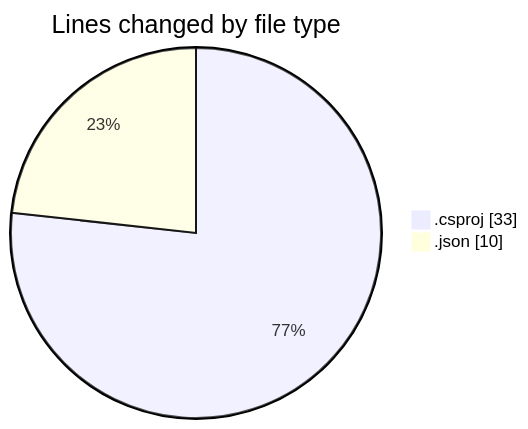
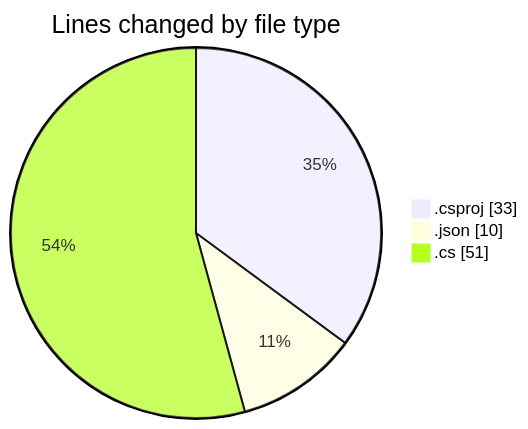
One commit to Netris89/code-tracking changed the first of 2 diagrams in 2025-10-13/skintrack/README.md. Above: the diagram before and after it, drawn with Mermaid. The commit also changed other lines of this file and 1 other file, not shown here.

````diff
--- a/2025-10-13/skintrack/README.md
+++ b/2025-10-13/skintrack/README.md
@@ -21,6 +22,7 @@
 ```mermaid
 pie showData
 title Lines changed by file type
 ".csproj" : 33
 ".json" : 10
+".cs" : 51
 ```
````
